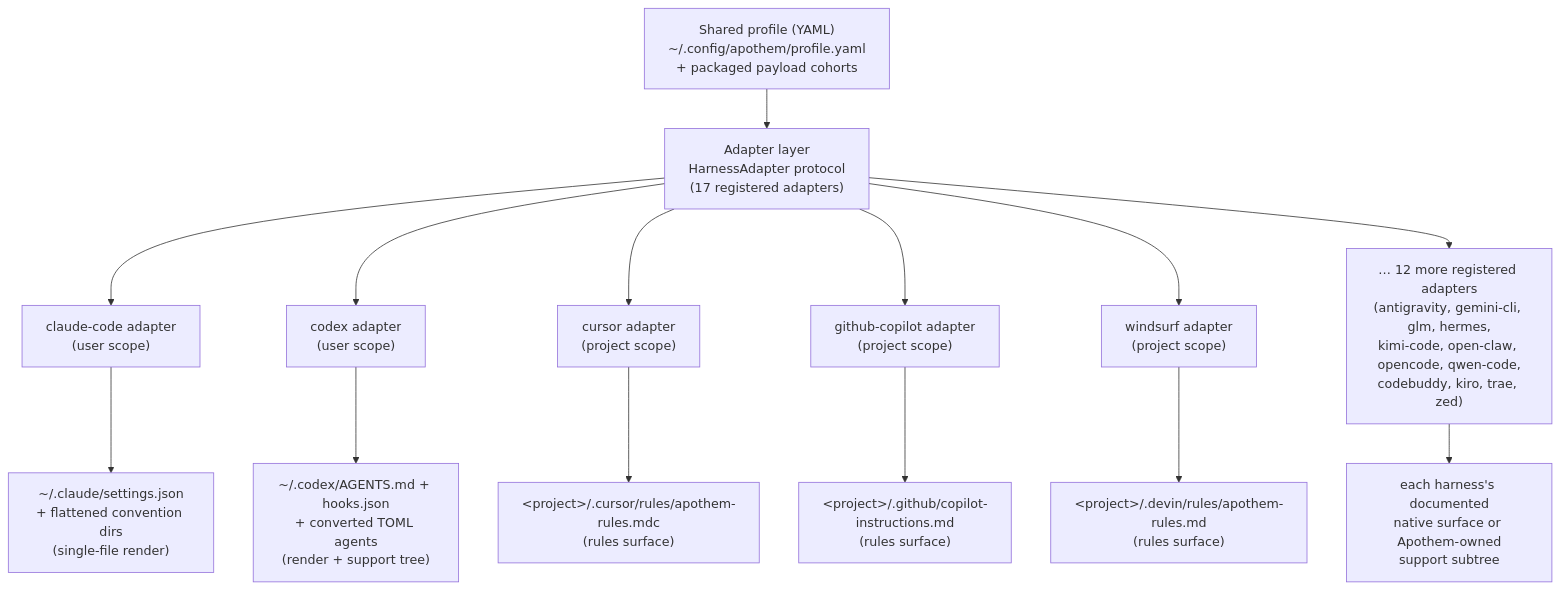
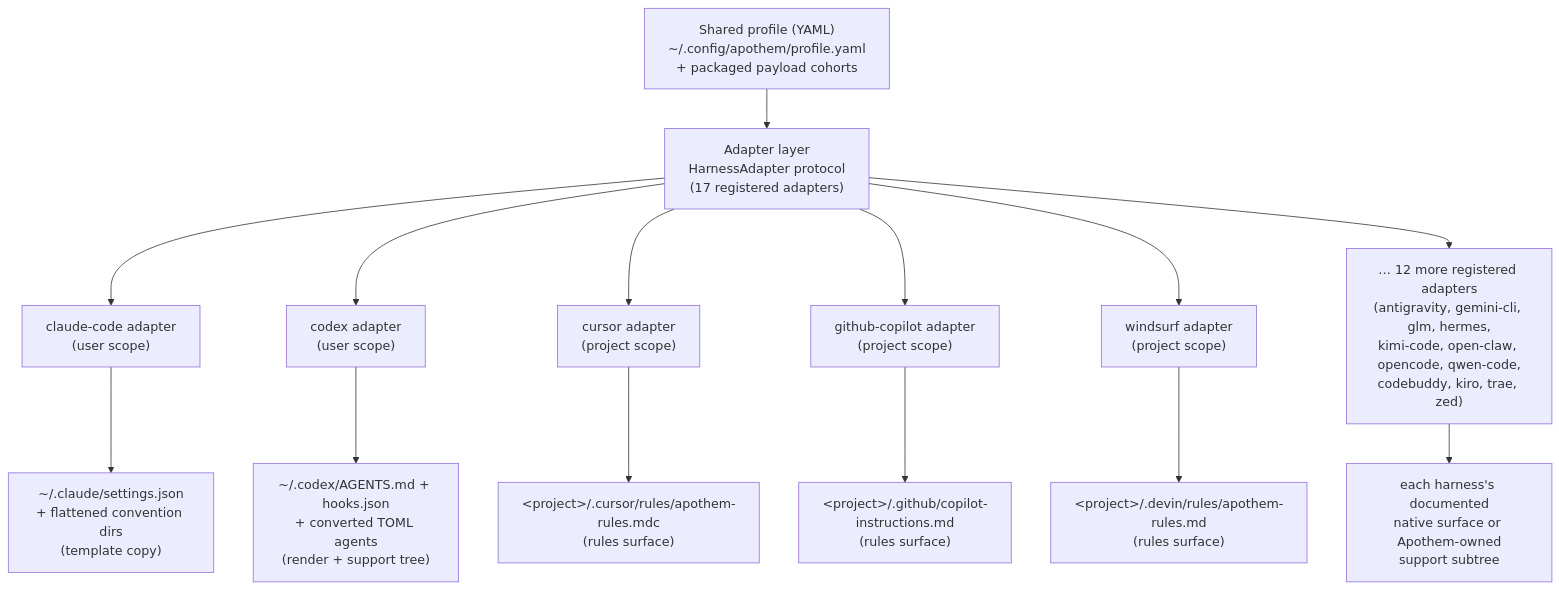
The diagram in site/content/docs/architecture/harness-adapter-abstraction.mdx (Ahmed-G-Gad/apothem), drawn with Mermaid before and after one commit. The commit also changed other lines of this file and 44 other files, not shown here.

First line of the commit message:
docs: correct pipeline, architecture and runbook claims (#90)

````diff
--- a/site/content/docs/architecture/harness-adapter-abstraction.mdx
+++ b/site/content/docs/architecture/harness-adapter-abstraction.mdx
@@ -52,24 +58,24 @@
 ```mermaid
 %% provenance: hand-authored %%
 %% verified: 2026-06-09 %%
 %% cross-reference: src/apothem/harnesses/ (adapter sub-packages) %%
 flowchart TD
     accTitle: Apothem adapter topology
     accDescr: The single shared profile at the center feeds the adapter layer, which fans out to one adapter per supported harness; each adapter writes to a user-scope or project-scope native surface, rendering a single config file or propagating a rules and support-tree cohort.
     P["Shared profile (YAML)<br/>~/.config/apothem/profile.yaml<br/>+ packaged payload cohorts"]
     P --> AL["Adapter layer<br/>HarnessAdapter protocol<br/>(17 registered adapters)"]
 
     AL --> CC["claude-code adapter<br/>(user scope)"]
     AL --> CX["codex adapter<br/>(user scope)"]
     AL --> CU["cursor adapter<br/>(project scope)"]
     AL --> CO["github-copilot adapter<br/>(project scope)"]
     AL --> WS["windsurf adapter<br/>(project scope)"]
     AL --> ETC["… 12 more registered adapters<br/>(antigravity, gemini-cli, glm, hermes,<br/>kimi-code, open-claw, opencode, qwen-code,<br/>codebuddy, kiro, trae, zed)"]
 
-    CC --> CCN["~/.claude/settings.json<br/>+ flattened convention dirs<br/>(single-file render)"]
+    CC --> CCN["~/.claude/settings.json<br/>+ flattened convention dirs<br/>(template copy)"]
     CX --> CXN["~/.codex/AGENTS.md + hooks.json<br/>+ converted TOML agents<br/>(render + support tree)"]
     CU --> CUN["&lt;project&gt;/.cursor/rules/apothem-rules.mdc<br/>(rules surface)"]
     CO --> CON["&lt;project&gt;/.github/copilot-instructions.md<br/>(rules surface)"]
     WS --> WSN["&lt;project&gt;/.devin/rules/apothem-rules.md<br/>(rules surface)"]
     ETC --> ETCN["each harness's documented<br/>native surface or Apothem-owned<br/>support subtree"]
 ```
````
